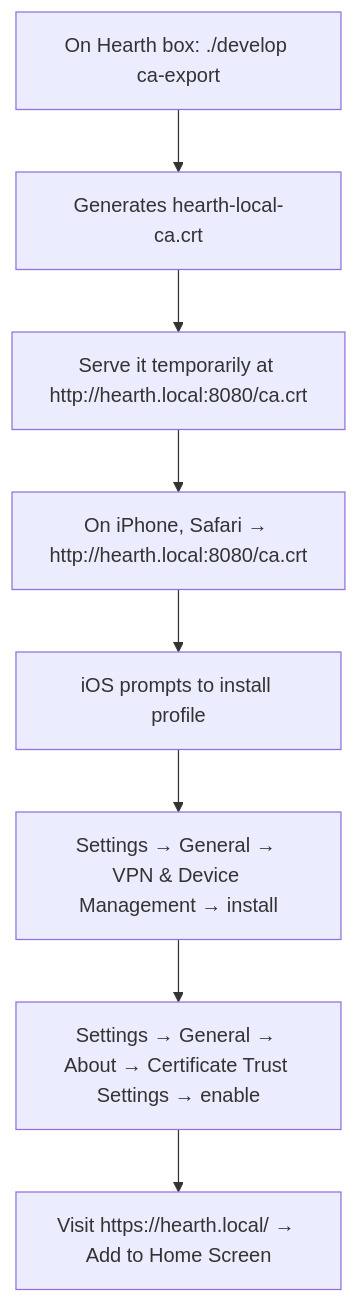
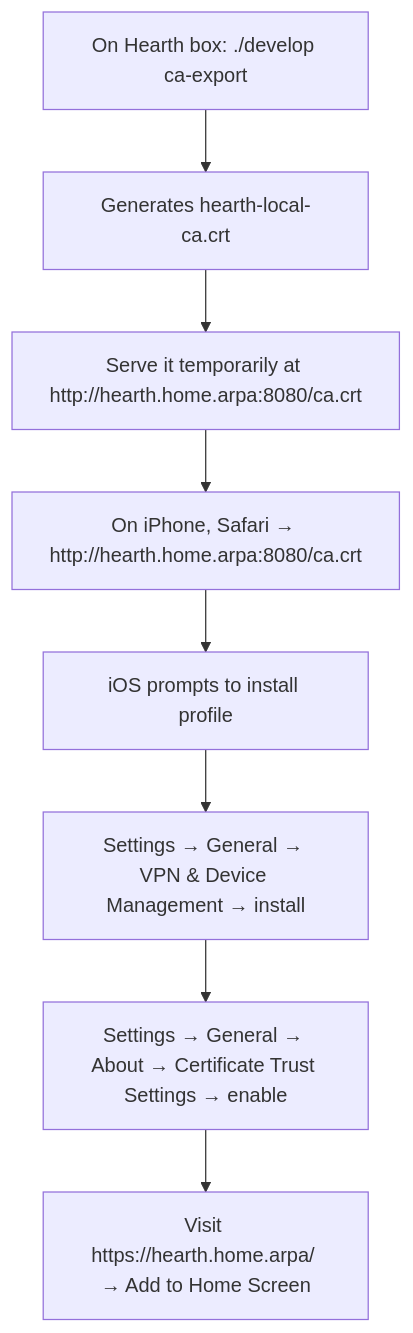
One commit to mcelhennyi/hearth changed the first of 2 diagrams in docs/design/deployment.md. Above: the diagram before and after it, drawn with Mermaid. The commit also changed other lines of this file and 28 other files, not shown here.

First line of the commit message:
feat(FR-0002): add local Caddy stack and standardize home.arpa domain

````diff
--- a/docs/design/deployment.md
+++ b/docs/design/deployment.md
@@ -63,11 +63,11 @@
 ```mermaid
 flowchart TD
   A[On Hearth box: ./develop ca-export]
   --> B[Generates hearth-local-ca.crt]
-  --> C[Serve it temporarily at http://hearth.local:8080/ca.crt]
-  --> D[On iPhone, Safari → http://hearth.local:8080/ca.crt]
+  --> C[Serve it temporarily at http://hearth.home.arpa:8080/ca.crt]
+  --> D[On iPhone, Safari → http://hearth.home.arpa:8080/ca.crt]
   --> E[iOS prompts to install profile]
   --> F[Settings → General → VPN & Device Management → install]
   --> G[Settings → General → About → Certificate Trust Settings → enable]
-  --> H[Visit https://hearth.local/ → Add to Home Screen]
+  --> H[Visit https://hearth.home.arpa/ → Add to Home Screen]
 ```
````
